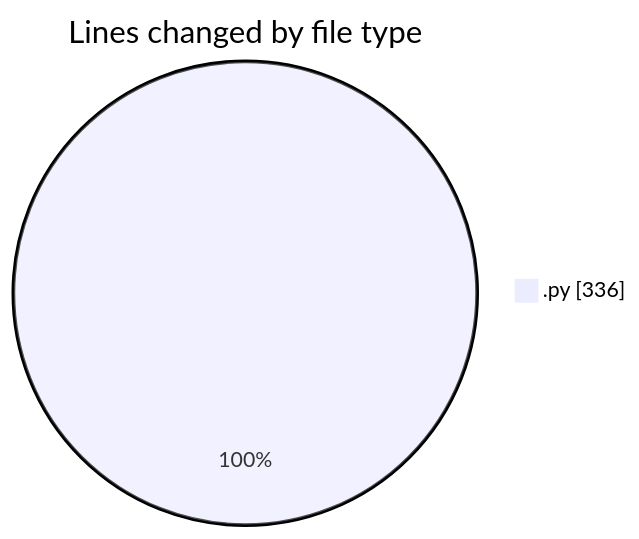
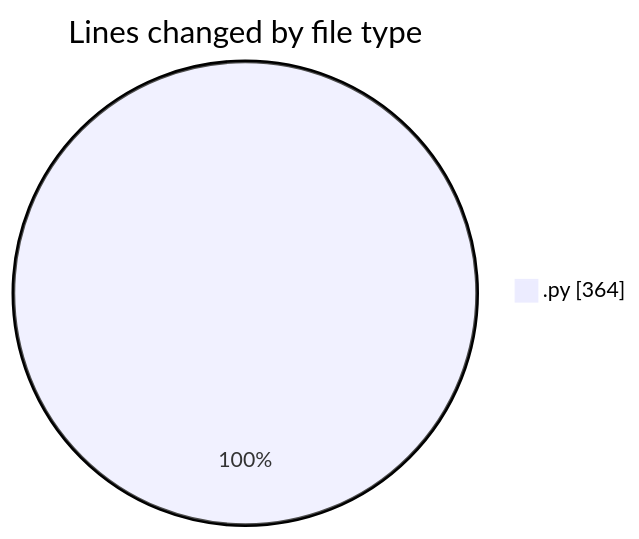
The first of 2 diagrams in 2025-06-29/whiteboard/README.md (Ritupan-Deka/code-tracking), drawn with Mermaid before and after one commit. The commit also changed other lines of this file and 1 other file, not shown here.

````diff
--- a/2025-06-29/whiteboard/README.md
+++ b/2025-06-29/whiteboard/README.md
@@ -21,5 +21,5 @@
 ```mermaid
 pie showData
 title Lines changed by file type
-".py" : 336
+".py" : 364
 ```
````
